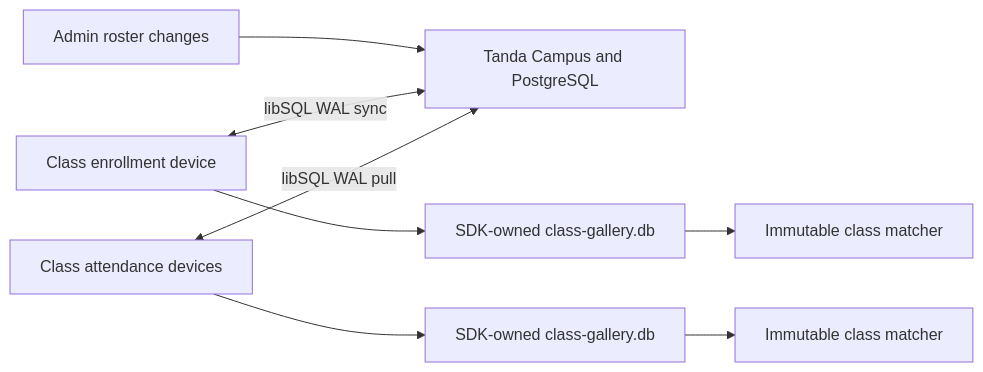
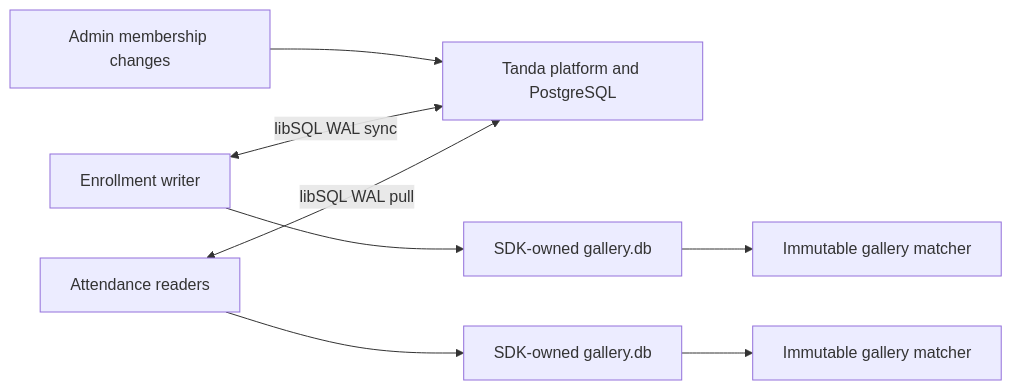
One commit to DataInfosec/tanda changed the first of 2 diagrams in feature/biometrics/verification/src/commonMain/rust/README.md. Above: the diagram before and after it, drawn with Mermaid. The commit also changed other lines of this file and 24 other files, not shown here.

````diff
--- a/feature/biometrics/verification/src/commonMain/rust/README.md
+++ b/feature/biometrics/verification/src/commonMain/rust/README.md
@@ -20,10 +21,10 @@
 ```mermaid
 flowchart LR
-    admin["Admin roster changes"] --> server["Tanda Campus and PostgreSQL"]
-    writer["Class enrollment device"] <-->|"libSQL WAL sync"| server
-    readers["Class attendance devices"] <-->|"libSQL WAL pull"| server
-    writer --> local["SDK-owned class-gallery.db"]
-    readers --> localReaders["SDK-owned class-gallery.db"]
-    local --> matcher["Immutable class matcher"]
-    localReaders --> matcherReaders["Immutable class matcher"]
+    admin["Admin membership changes"] --> server["Tanda platform and PostgreSQL"]
+    writer["Enrollment writer"] <-->|"libSQL WAL sync"| server
+    readers["Attendance readers"] <-->|"libSQL WAL pull"| server
+    writer --> local["SDK-owned gallery.db"]
+    readers --> localReaders["SDK-owned gallery.db"]
+    local --> matcher["Immutable gallery matcher"]
+    localReaders --> matcherReaders["Immutable gallery matcher"]
 ```
````
